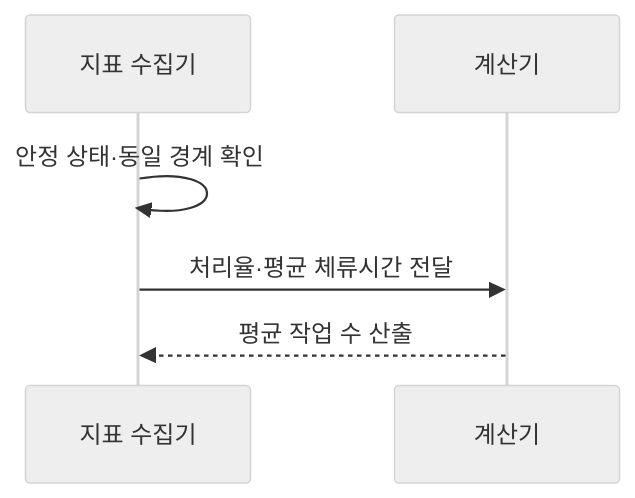
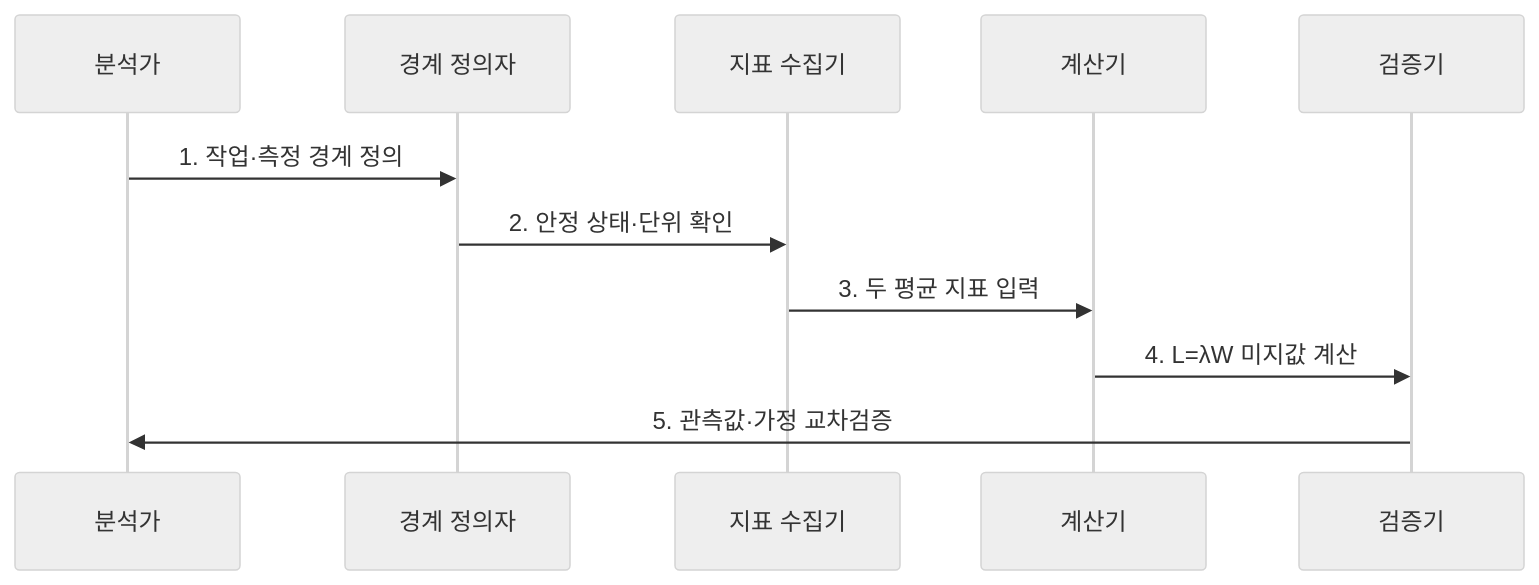
Before and after one commit to agnusdei1207/knowledge-base: the second of 2 diagrams in src/content/docs/notes/06-evaluation/004_littles_law.md, drawn with Mermaid (neutral theme). The commit also changed other lines of this file and 6 other files, not shown here.

````diff
--- a/src/content/docs/notes/06-evaluation/004_littles_law.md
+++ b/src/content/docs/notes/06-evaluation/004_littles_law.md
@@ -65,8 +73,13 @@
 ```mermaid
 sequenceDiagram
-    participant M as 지표 수집기
-    participant C as 계산기
-    M->>M: 안정 상태·동일 경계 확인
-    M->>C: 처리율·평균 체류시간 전달
-    C-->>M: 평균 작업 수 산출
+  participant A as 분석가
+  participant B as 경계 정의자
+  participant M as 지표 수집기
+  participant C as 계산기
+  participant V as 검증기
+  A->>B: 1. 작업·측정 경계 정의
+  B->>M: 2. 안정 상태·단위 확인
+  M->>C: 3. 두 평균 지표 입력
+  C->>V: 4. L=λW 미지값 계산
+  V->>A: 5. 관측값·가정 교차검증
 ```
````
